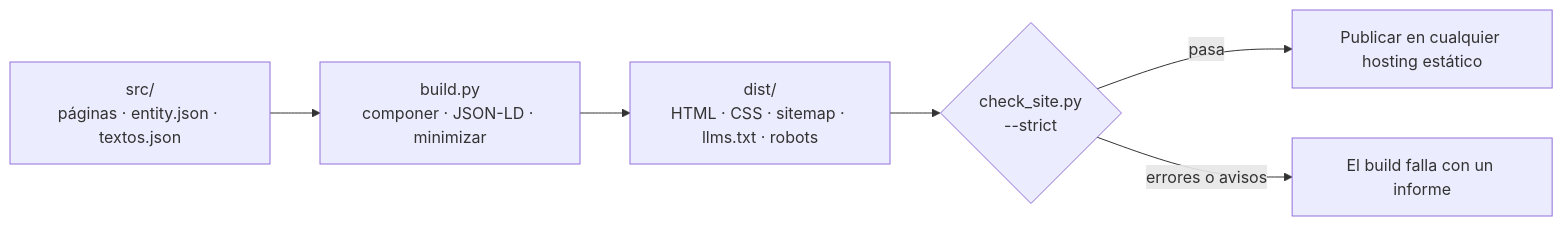
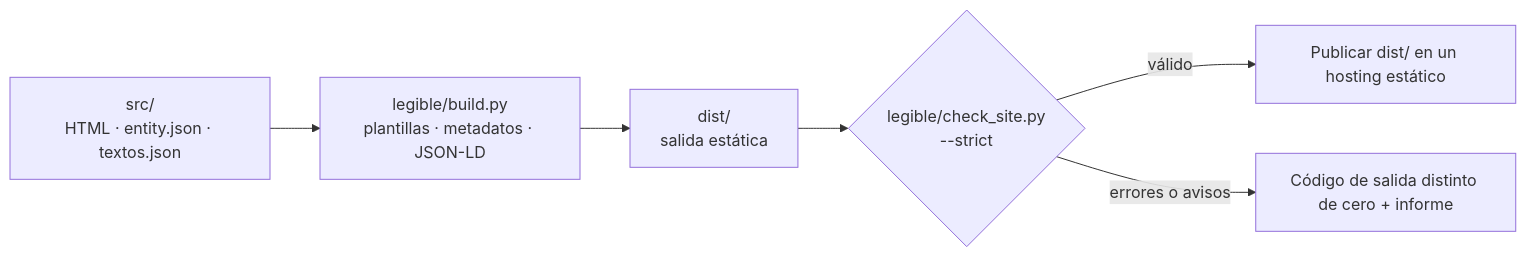
One commit to angelmaturana/legible changed the diagram in README.es.md. Above: the diagram before and after it, drawn with Mermaid. The commit also changed other lines of this file and 1 other file, not shown here.

````diff
--- a/README.es.md
+++ b/README.es.md
@@ -73,8 +189,8 @@
 ```mermaid
 flowchart LR
-    A["src/<br/>páginas · entity.json · textos.json"] --> B["build.py<br/>componer · JSON-LD · minimizar"]
-    B --> C["dist/<br/>HTML · CSS · sitemap · llms.txt · robots"]
-    C --> D{"check_site.py<br/>--strict"}
-    D -- pasa --> E["Publicar en cualquier hosting estático"]
-    D -- errores o avisos --> F["El build falla con un informe"]
+    A["src/<br/>HTML · entity.json · textos.json"] --> B["legible/build.py<br/>plantillas · metadatos · JSON-LD"]
+    B --> C["dist/<br/>salida estática"]
+    C --> D{"legible/check_site.py<br/>--strict"}
+    D -- válido --> E["Publicar dist/ en un hosting estático"]
+    D -- errores o avisos --> F["Código de salida distinto de cero + informe"]
 ```
````
